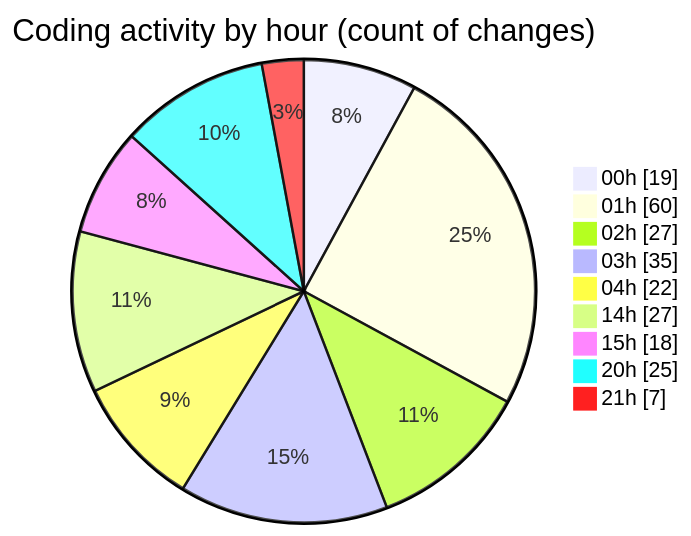
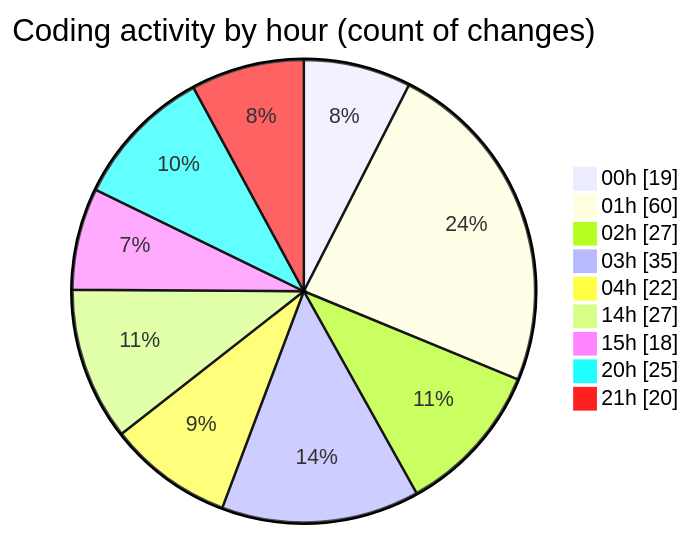
One commit to lephambinh05/code-tracking changed the second of 2 diagrams in 2025-07-25/quanlyrapchieuphim-1/README.md. Above: the diagram before and after it, drawn with Mermaid. The commit also changed other lines of this file and 1 other file, not shown here.

````diff
--- a/2025-07-25/quanlyrapchieuphim-1/README.md
+++ b/2025-07-25/quanlyrapchieuphim-1/README.md
@@ -41,13 +50,13 @@
 ```mermaid
 pie showData
 title Coding activity by hour (count of changes)
 "00h" : 19
 "01h" : 60
 "02h" : 27
 "03h" : 35
 "04h" : 22
 "14h" : 27
 "15h" : 18
 "20h" : 25
-"21h" : 7
+"21h" : 20
 ```
````
